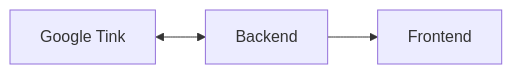
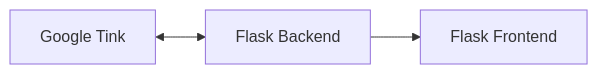
Before and after one commit to GuillaumeDorschner/ESILV-Cryptography-S8-1: the diagram in README.md, drawn with Mermaid. The commit also changed other lines of this file, not shown here.

````diff
--- a/README.md
+++ b/README.md
@@ -24,5 +25,5 @@
 ```mermaid
 graph LR
-    A[Google Tink] <--> Server[Backend]
-    Server --> B[Frontend]
+    A[Google Tink] <--> Server[Flask Backend]
+    Server --> B[Flask Frontend]
 ```
````
